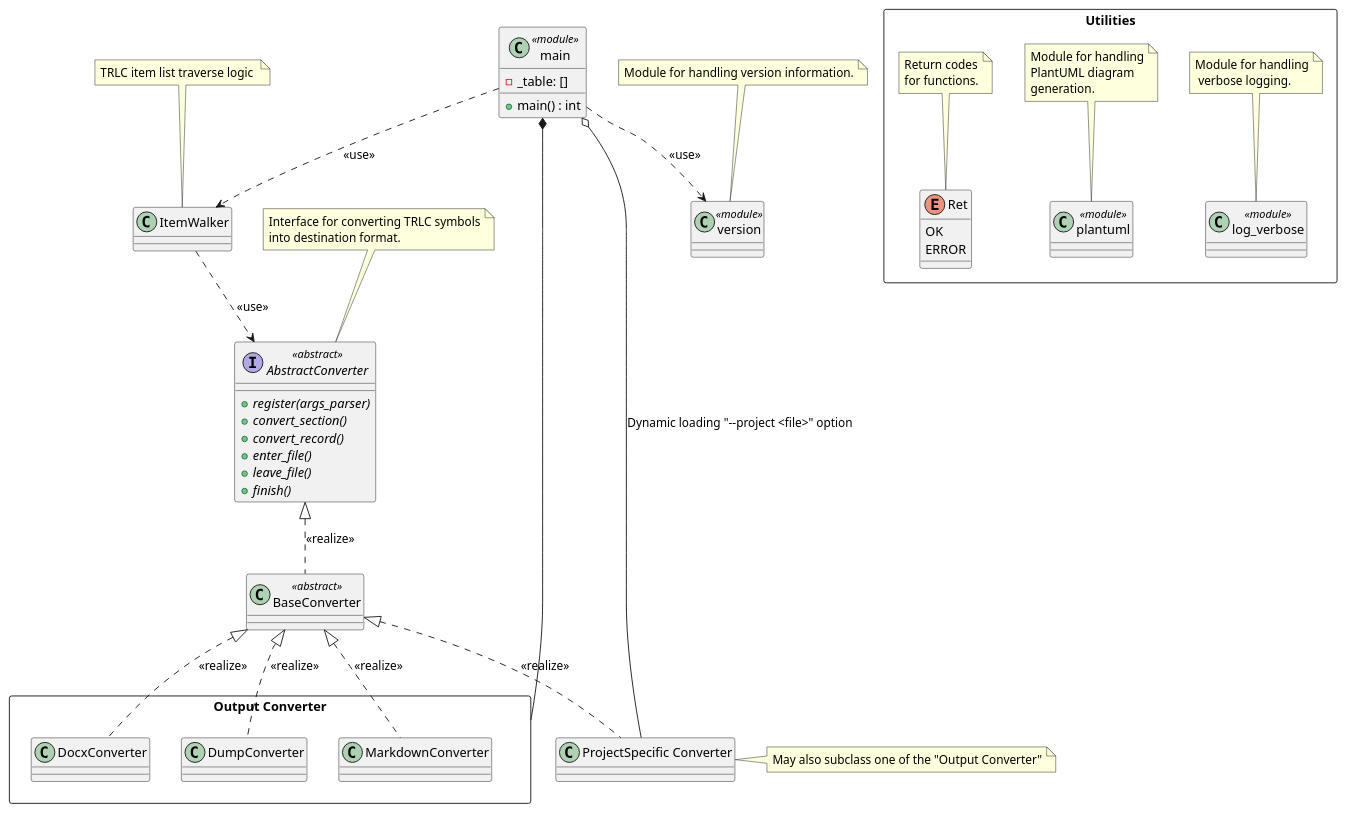
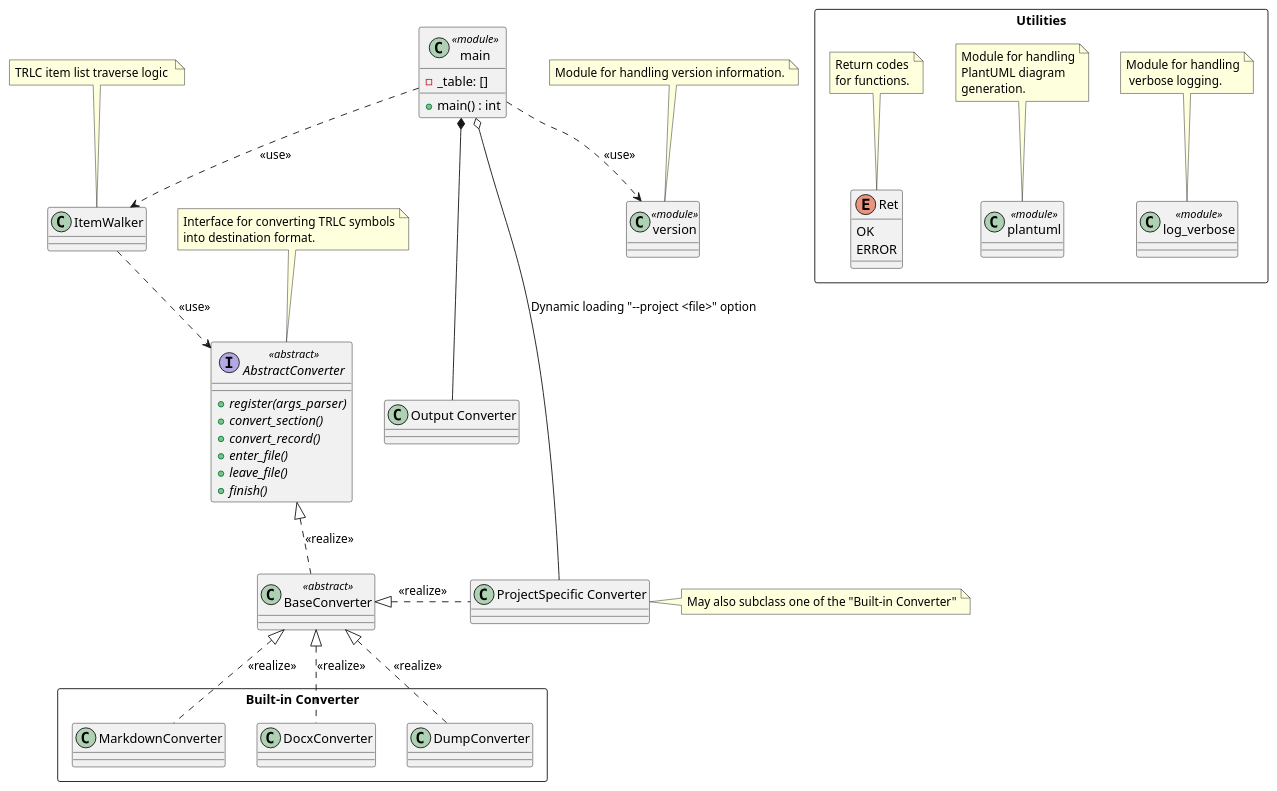
The diagram in doc/architecture/class_diagram.puml (nhjschulz/pyTRLCConverter), drawn with PlantUML before and after one commit. The commit also changed 12 other files, not shown here.

```diff
--- a/doc/architecture/class_diagram.puml
+++ b/doc/architecture/class_diagram.puml
@@ -1,102 +1,102 @@
 @startuml class_diagram
 
 interface AbstractConverter <<abstract>>{
     + {abstract} register(args_parser)
     + {abstract} convert_section()
     + {abstract} convert_record()
     + {abstract} enter_file()
     + {abstract} leave_file()
     + {abstract} finish()
 
 }
 
 note top of AbstractConverter
     Interface for converting TRLC symbols
     into destination format.
 end note
 
 class BaseConverter <<abstract>> {
 }
 
-rectangle "Output Converter" {
+rectangle "Built-in Converter" {
 
     class MarkdownConverter {
     }
 
     class DocxConverter {
     }
     class DumpConverter {
     }
 }
 
 AbstractConverter <|.. BaseConverter: <<realize>>
 BaseConverter <|.. MarkdownConverter: <<realize>>
 BaseConverter <|.. DocxConverter: <<realize>>
 BaseConverter <|.. DumpConverter: <<realize>>
 
 class version <<module>> {
 }
 
 note top of version
     Module for handling version information.
 end note
 
 rectangle Utilities {
 
     class log_verbose <<module>> {
     }
 
     note top of log_verbose
         Module for handling
          verbose logging.
     end note
 
     class plantuml <<module>> {
     }
 
     note top of plantuml
         Module for handling
         PlantUML diagram
         generation.
     end note
 
     enum Ret {
         OK
         ERROR
     }
 
     note top of Ret
         Return codes
         for functions.
     end note
 }
 
 
 class main <<module>> {
     - _table: []
     + main() : int
 }
 
 class ItemWalker
 note top of ItemWalker
     TRLC item list traverse logic 
 end note
 
 
 main ..> ItemWalker: <<use>>
 ItemWalker ..> AbstractConverter: <<use>>
 main *--- "Output Converter"
 main ..> version: <<use>>
 
 
 class "ProjectSpecific Converter" {
 }
 
 note right of "ProjectSpecific Converter"
-May also subclass one of the "Output Converter"
+May also subclass one of the "Built-in Converter"
 end note
 
-BaseConverter <|.. "ProjectSpecific Converter": <<realize>>
+BaseConverter <|.r. "ProjectSpecific Converter": <<realize>>
 main o- "ProjectSpecific Converter" : Dynamic loading "--project <file>" option
 
 @enduml
```
